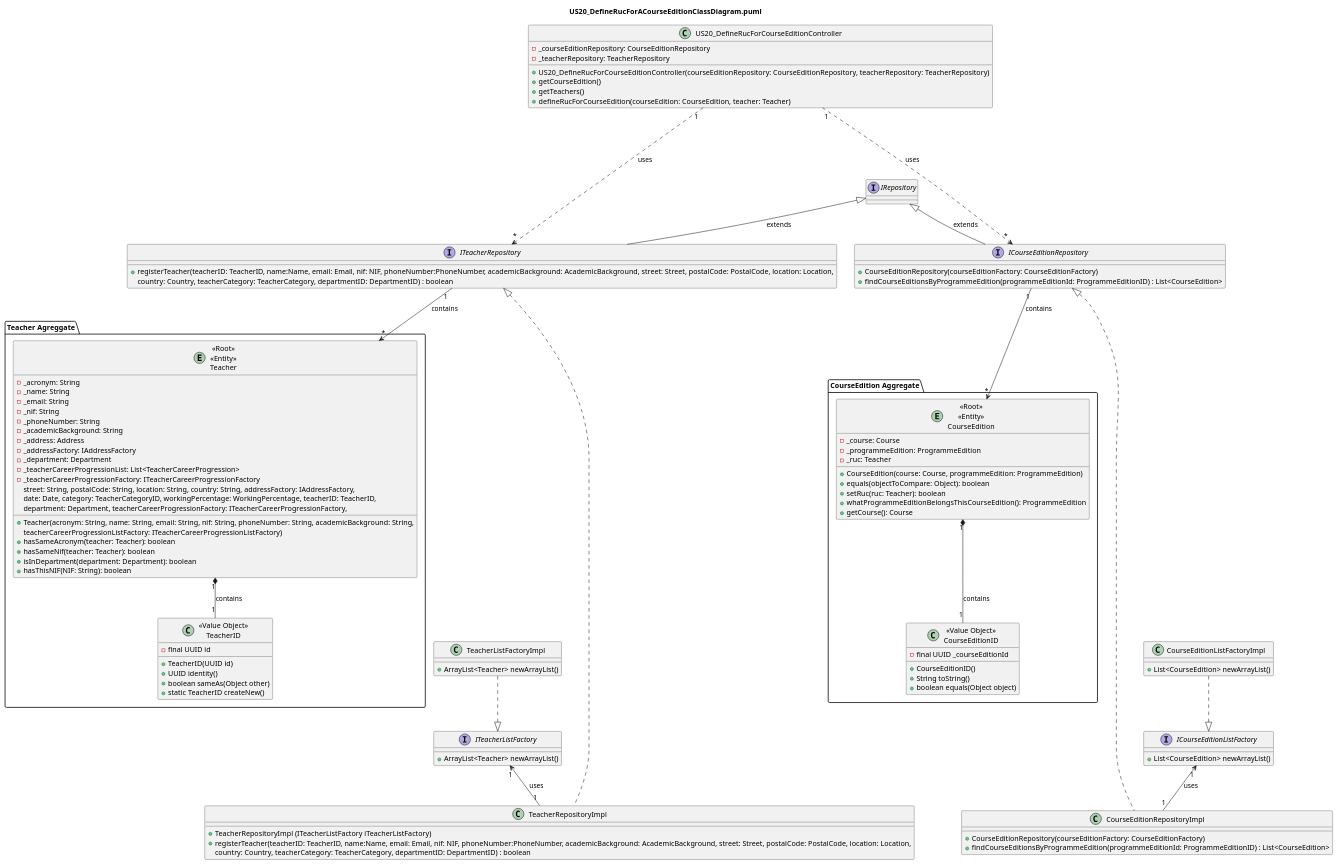
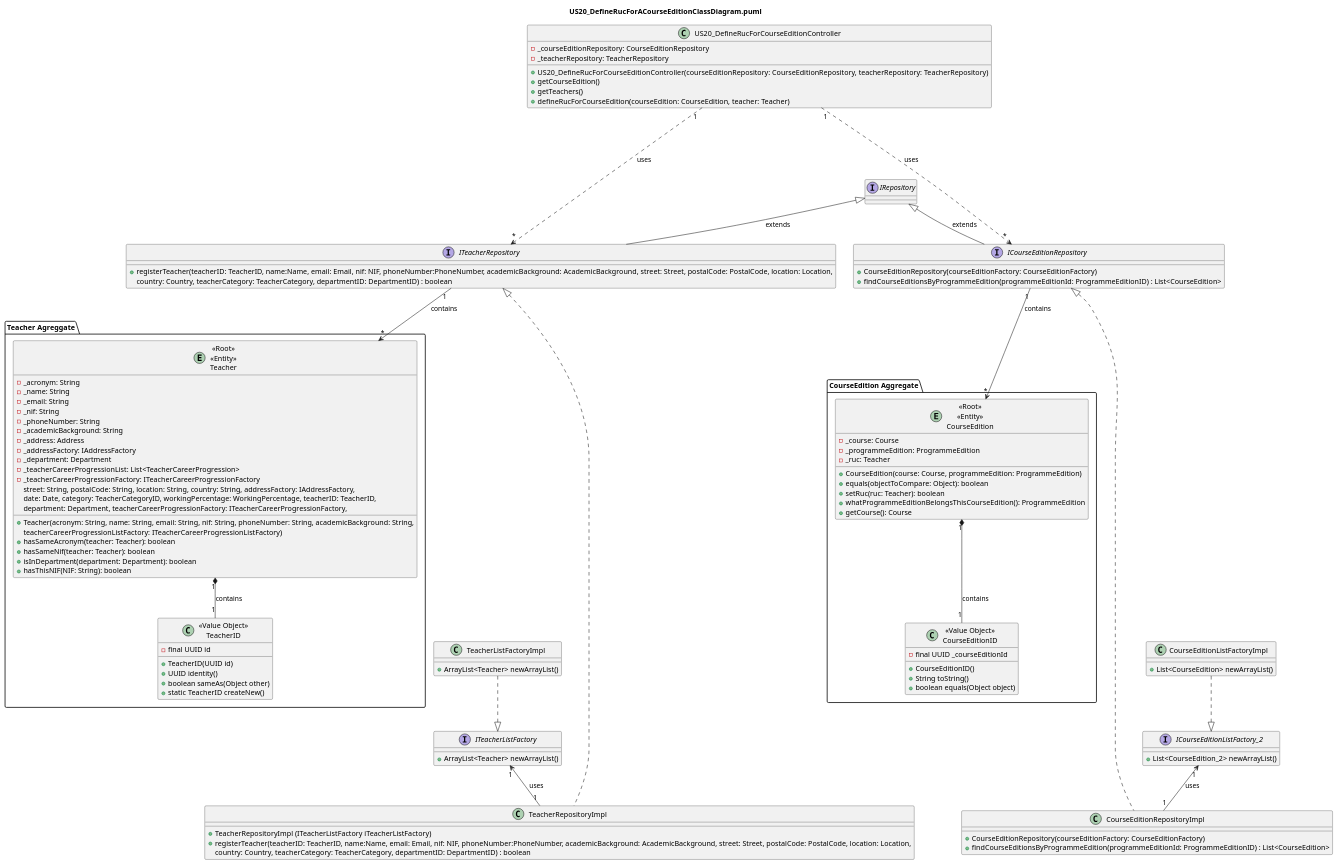
The diagram in docs/US20/US20_DefineRucForACourseEdition_ClassDiagram_DDD.puml (GasparISEP/DevOps-PAI), drawn with PlantUML before and after one commit.

Commit message:
updated ICourseEditionListFactory on US20 Class Diagram (Refs #73)

```diff
--- a/docs/US20/US20_DefineRucForACourseEdition_ClassDiagram_DDD.puml
+++ b/docs/US20/US20_DefineRucForACourseEdition_ClassDiagram_DDD.puml
@@ -1,128 +1,128 @@
 @startuml
 
 title US20_DefineRucForACourseEditionClassDiagram.puml
 
 class US20_DefineRucForCourseEditionController {
     -_courseEditionRepository: CourseEditionRepository
     -_teacherRepository: TeacherRepository
     +US20_DefineRucForCourseEditionController(courseEditionRepository: CourseEditionRepository, teacherRepository: TeacherRepository)
     +getCourseEdition()
     +getTeachers()
     +defineRucForCourseEdition(courseEdition: CourseEdition, teacher: Teacher)
 }
 
 interface ITeacherRepository{
 +registerTeacher(teacherID: TeacherID, name:Name, email: Email, nif: NIF, phoneNumber:PhoneNumber, academicBackground: AcademicBackground, street: Street, postalCode: PostalCode, location: Location,
                           country: Country, teacherCategory: TeacherCategory, departmentID: DepartmentID) : boolean
 }
 
 class TeacherRepositoryImpl {
 +TeacherRepositoryImpl (ITeacherListFactory iTeacherListFactory)
 +registerTeacher(teacherID: TeacherID, name:Name, email: Email, nif: NIF, phoneNumber:PhoneNumber, academicBackground: AcademicBackground, street: Street, postalCode: PostalCode, location: Location,
                            country: Country, teacherCategory: TeacherCategory, departmentID: DepartmentID) : boolean
 }
 
 interface ITeacherListFactory {
     + ArrayList<Teacher> newArrayList()
 }
 
 class TeacherListFactoryImpl {
     + ArrayList<Teacher> newArrayList()
 }
 
 interface ICourseEditionRepository {
     +CourseEditionRepository(courseEditionFactory: CourseEditionFactory)
     +findCourseEditionsByProgrammeEdition(programmeEditionId: ProgrammeEditionID) : List<CourseEdition>
 }
 
 class CourseEditionRepositoryImpl {
     +CourseEditionRepository(courseEditionFactory: CourseEditionFactory)
     +findCourseEditionsByProgrammeEdition(programmeEditionId: ProgrammeEditionID) : List<CourseEdition>
 }
 
-interface ICourseEditionListFactory {
-    + List<CourseEdition> newArrayList()
+interface ICourseEditionListFactory_2 {
+    + List<CourseEdition_2> newArrayList()
 }
 
 class CourseEditionListFactoryImpl {
     + List<CourseEdition> newArrayList()
 }
 
 
 package "Teacher Agreggate" {
     entity "<<Root>>\n<<Entity>>\nTeacher" {
             -_acronym: String
             -_name: String
             -_email: String
             -_nif: String
             -_phoneNumber: String
             -_academicBackground: String
             -_address: Address
             -_addressFactory: IAddressFactory
             -_department: Department
             -_teacherCareerProgressionList: List<TeacherCareerProgression>
             -_teacherCareerProgressionFactory: ITeacherCareerProgressionFactory
             +Teacher(acronym: String, name: String, email: String, nif: String, phoneNumber: String, academicBackground: String,
                      street: String, postalCode: String, location: String, country: String, addressFactory: IAddressFactory,
                      date: Date, category: TeacherCategoryID, workingPercentage: WorkingPercentage, teacherID: TeacherID,
                      department: Department, teacherCareerProgressionFactory: ITeacherCareerProgressionFactory,
                      teacherCareerProgressionListFactory: ITeacherCareerProgressionListFactory)
             +hasSameAcronym(teacher: Teacher): boolean
             +hasSameNif(teacher: Teacher): boolean
             +isInDepartment(department: Department): boolean
             +hasThisNIF(NIF: String): boolean
     }
 
     class "<<Value Object>>\nTeacherID" {
             - final UUID id
             + TeacherID(UUID id)
             + UUID identity()
             + boolean sameAs(Object other)
             + static TeacherID createNew()
     }
 }
 
 package "CourseEdition Aggregate" {
     entity "<<Root>>\n<<Entity>>\nCourseEdition" {
             -_course: Course
             -_programmeEdition: ProgrammeEdition
             -_ruc: Teacher
             +CourseEdition(course: Course, programmeEdition: ProgrammeEdition)
             +equals(objectToCompare: Object): boolean
             +setRuc(ruc: Teacher): boolean
             +whatProgrammeEditionBelongsThisCourseEdition(): ProgrammeEdition
             +getCourse(): Course
     }
 
     class "<<Value Object>>\nCourseEditionID" {
             - final UUID _courseEditionId
             + CourseEditionID()
             + String toString()
             + boolean equals(Object object)
     }
 }
 
 interface IRepository {}
 
 ITeacherRepository -up-|> IRepository : extends
 ICourseEditionRepository -up-|> IRepository : extends
 
 "<<Root>>\n<<Entity>>\nTeacher" "1" *-- "1" "<<Value Object>>\nTeacherID" : contains
 "<<Root>>\n<<Entity>>\nCourseEdition" "1" *-- "1" "<<Value Object>>\nCourseEditionID" : contains
 
 ITeacherRepository <|..... TeacherRepositoryImpl
 US20_DefineRucForCourseEditionController "1" ....> "*" ITeacherRepository : uses
 
 ICourseEditionRepository <|..... CourseEditionRepositoryImpl
 US20_DefineRucForCourseEditionController "1" ....> "*" ICourseEditionRepository : uses
 
 ITeacherRepository "1" -down-> "*" "<<Root>>\n<<Entity>>\nTeacher" : contains
 ICourseEditionRepository "1" -down-> "*" "<<Root>>\n<<Entity>>\nCourseEdition" : contains
 
 TeacherRepositoryImpl "1" -up-> "1" ITeacherListFactory : uses
 TeacherListFactoryImpl ..|> ITeacherListFactory
 
-CourseEditionRepositoryImpl "1" -up-> "1" ICourseEditionListFactory : uses
-CourseEditionListFactoryImpl ..|> ICourseEditionListFactory
+CourseEditionRepositoryImpl "1" -up-> "1" ICourseEditionListFactory_2 : uses
+CourseEditionListFactoryImpl ..|> ICourseEditionListFactory_2
 
 @enduml
```
